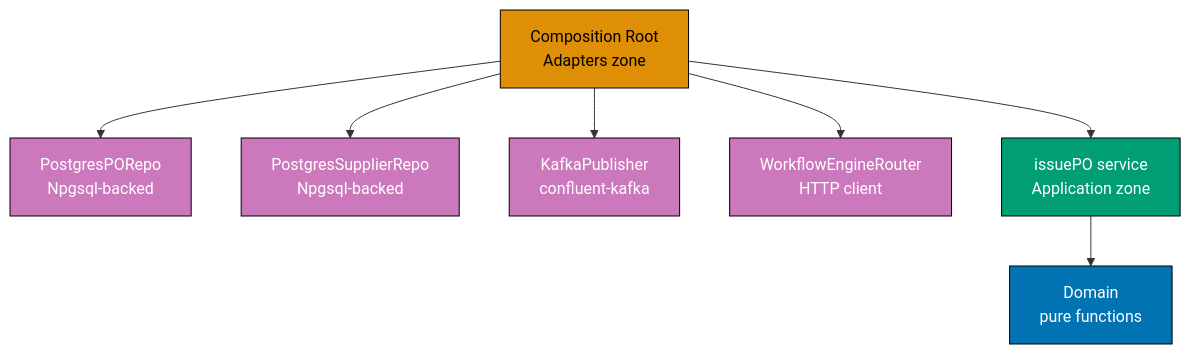
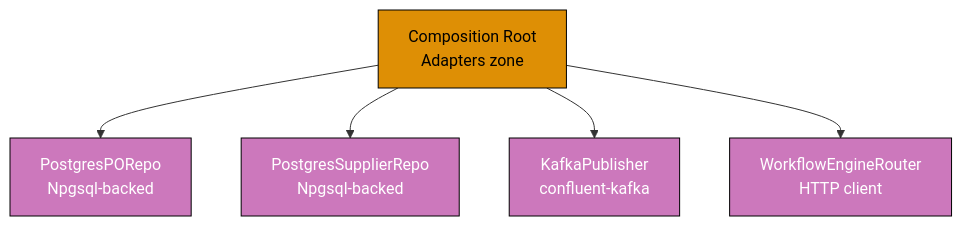
One commit to wahidyankf/open-sharia-enterprise changed the fifth of 9 diagrams in apps/ayokoding-web/content/en/learn/software-engineering/software-architecture/hexagonal-architecture/in-fp-by-example/intermediate.md. Above: the diagram before and after it, drawn with Mermaid. The commit also changed other lines of this file and 11 other files, not shown here.

First line of the commit message:
fix(ayokoding-web): repair 28 mermaid violations in expansion files

````diff
--- a/apps/ayokoding-web/content/en/learn/software-engineering/software-architecture/hexagonal-architecture/in-fp-by-example/intermediate.md
+++ b/apps/ayokoding-web/content/en/learn/software-engineering/software-architecture/hexagonal-architecture/in-fp-by-example/intermediate.md
@@ -2514,22 +2516,16 @@
 ```mermaid
 graph TD
     CR["Composition Root\nAdapters zone"]:::orange
     PGR["PostgresPORepo\nNpgsql-backed"]:::purple
     PGS["PostgresSupplierRepo\nNpgsql-backed"]:::purple
     KAF["KafkaPublisher\nconfluent-kafka"]:::purple
     WFE["WorkflowEngineRouter\nHTTP client"]:::purple
-    SVC["issuePO service\nApplication zone"]:::teal
-    DOM["Domain\npure functions"]:::blue
 
     CR --> PGR
     CR --> PGS
     CR --> KAF
     CR --> WFE
-    CR --> SVC
-    SVC --> DOM
 
     classDef orange fill:#DE8F05,stroke:#000,color:#000
     classDef purple fill:#CC78BC,stroke:#000,color:#fff
-    classDef teal fill:#029E73,stroke:#000,color:#fff
-    classDef blue fill:#0173B2,stroke:#000,color:#fff
 ```
````
